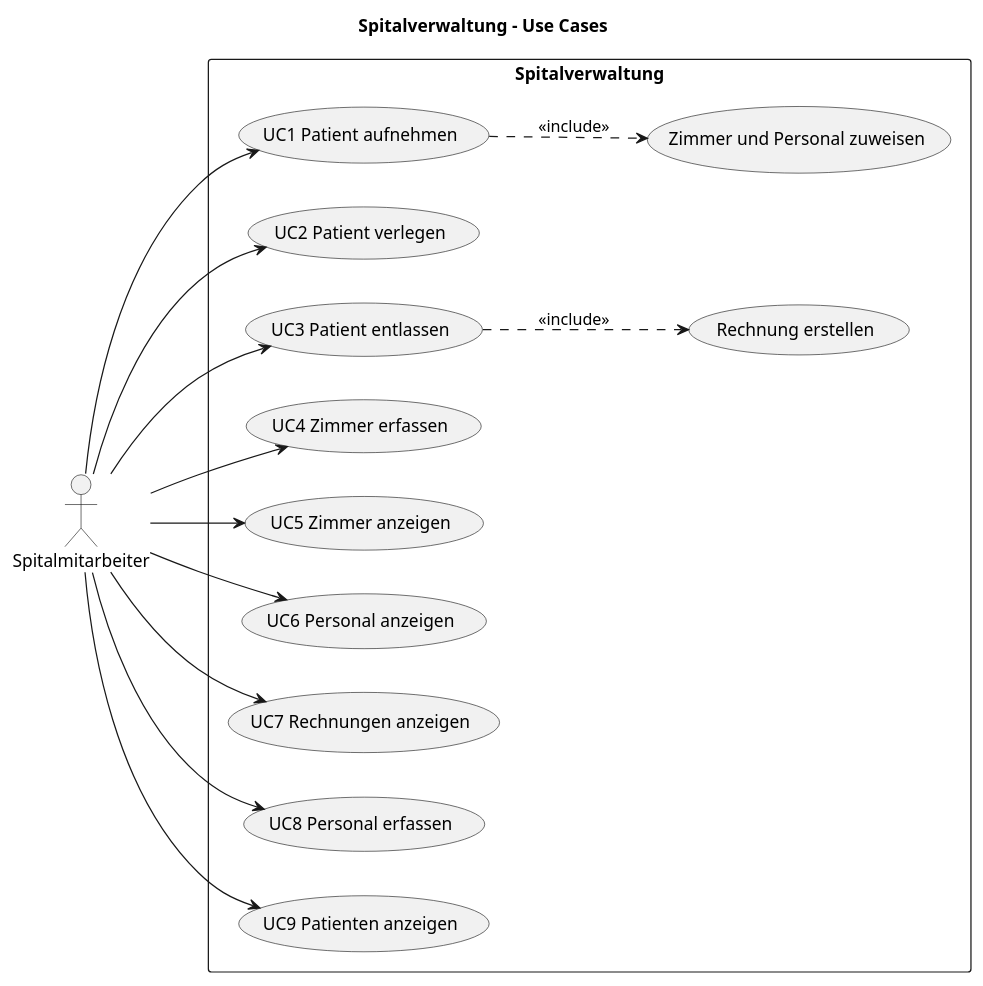
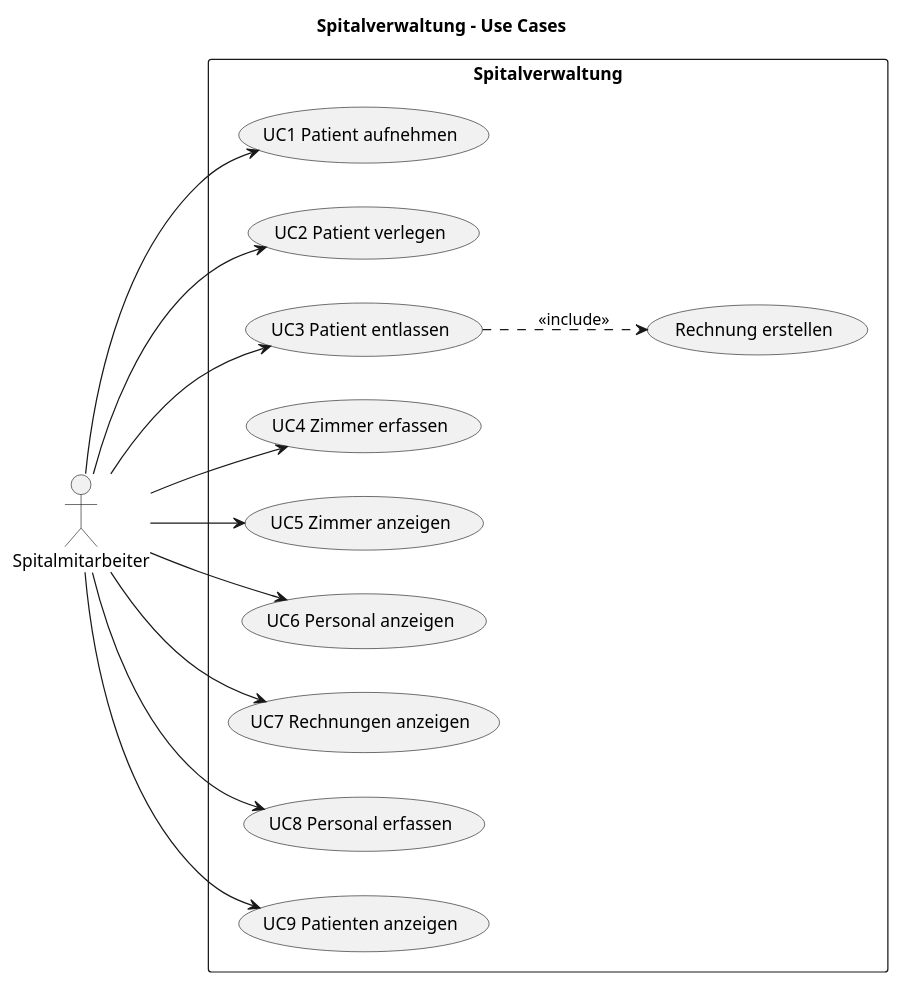
The first of 5 diagrams in M4_Spital/Kompetenznachweis.md (Chime456/M320_OOP), drawn with PlantUML before and after one commit. The commit also changed other lines of this file, not shown here.

Commit message:
M4: Kompetenznachweis neu geschrieben und getestete Use Cases dokumentiert

````diff
--- a/M4_Spital/Kompetenznachweis.md
+++ b/M4_Spital/Kompetenznachweis.md
@@ -71,35 +75,33 @@
 ```plantuml
 @startuml
 title Spitalverwaltung - Use Cases
 left to right direction
 
 actor "Spitalmitarbeiter" as Mitarbeiter
 
 rectangle "Spitalverwaltung" {
   usecase "UC1 Patient aufnehmen" as UC1
   usecase "UC2 Patient verlegen" as UC2
   usecase "UC3 Patient entlassen" as UC3
   usecase "UC4 Zimmer erfassen" as UC4
   usecase "UC5 Zimmer anzeigen" as UC5
   usecase "UC6 Personal anzeigen" as UC6
   usecase "UC7 Rechnungen anzeigen" as UC7
   usecase "UC8 Personal erfassen" as UC8
   usecase "UC9 Patienten anzeigen" as UC9
-  usecase "Rechnung erstellen" as Rechnung
-  usecase "Zimmer und Personal zuweisen" as Zuweisen
+  usecase "Rechnung erstellen" as Erstellen
 }
 
 Mitarbeiter --> UC1
 Mitarbeiter --> UC2
 Mitarbeiter --> UC3
 Mitarbeiter --> UC4
 Mitarbeiter --> UC5
 Mitarbeiter --> UC6
 Mitarbeiter --> UC7
 Mitarbeiter --> UC8
 Mitarbeiter --> UC9
 
-UC1 ..> Zuweisen : <<include>>
-UC3 ..> Rechnung : <<include>>
+UC3 ..> Erstellen : <<include>>
 @enduml
 ```
````
